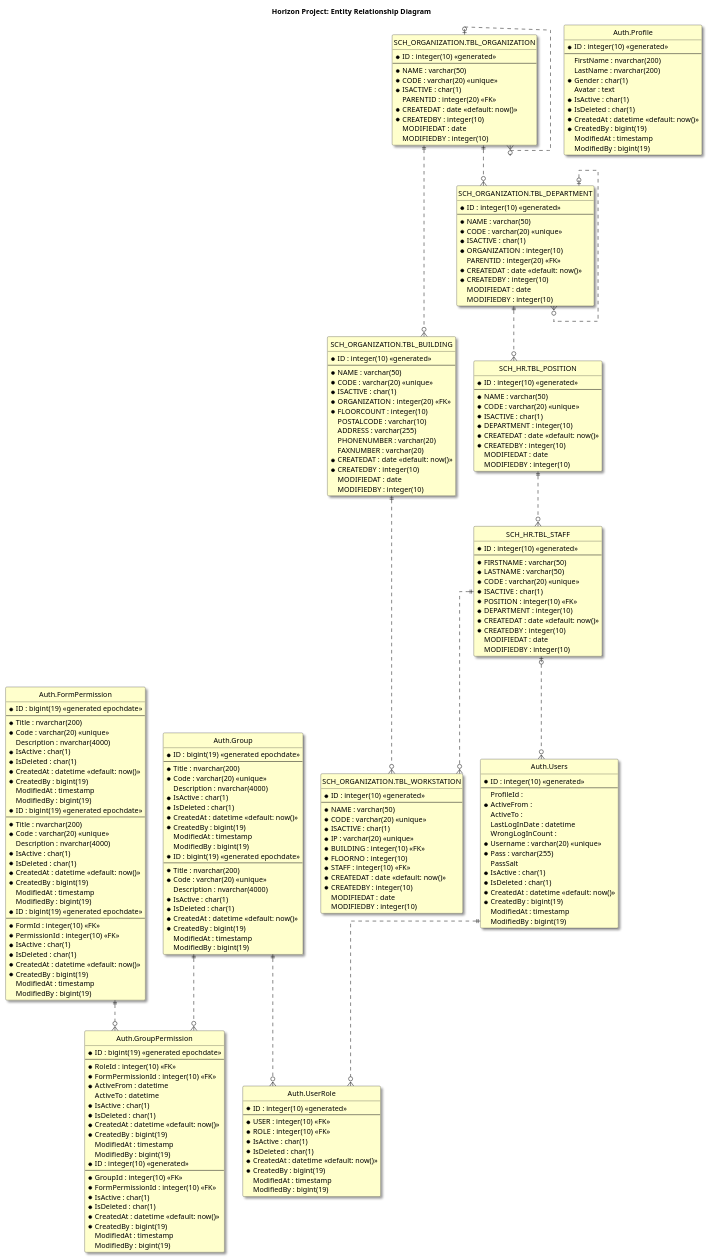
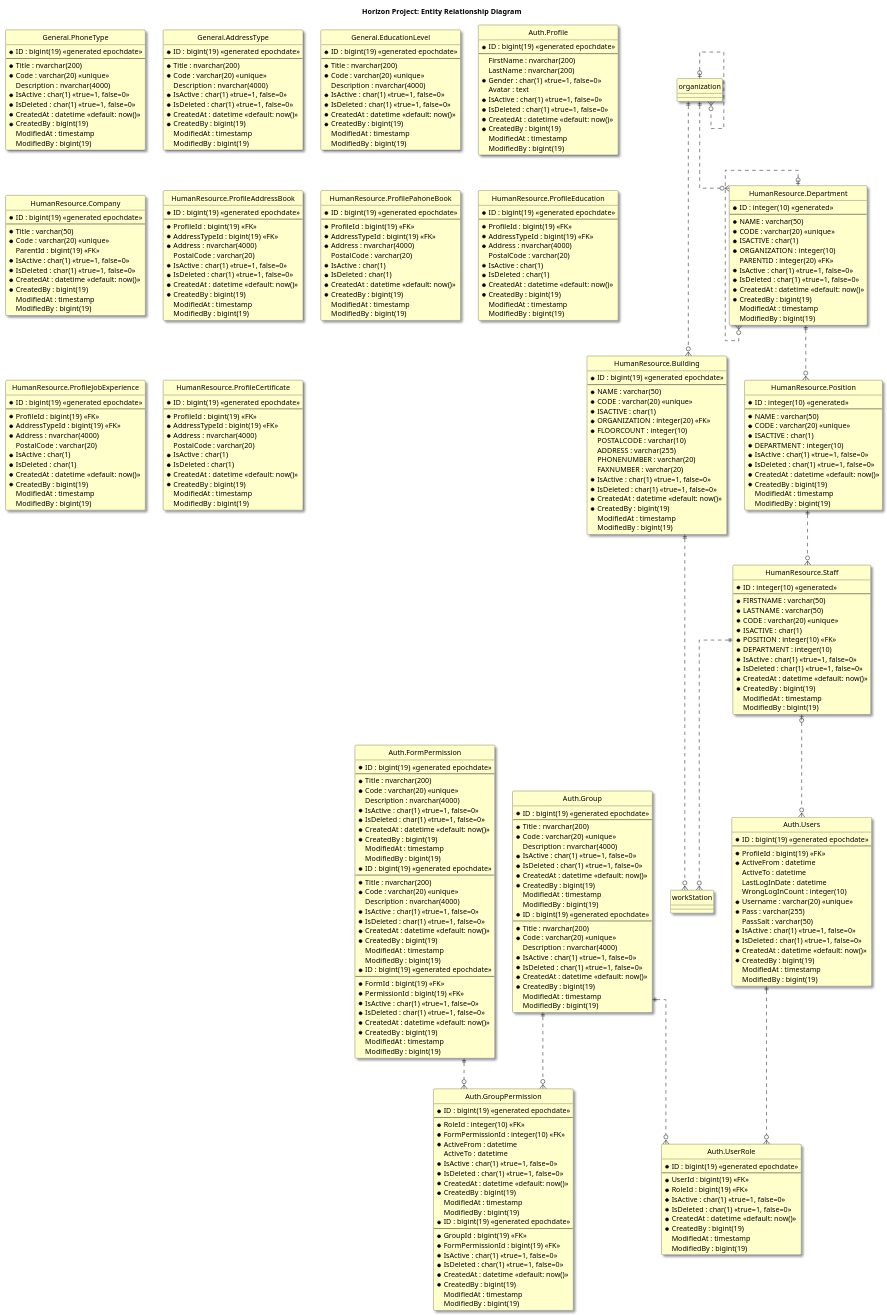
One commit to mahyaresteki/Horizon changed the diagram in HorizonAnalysis/ERD/EntityRelatiohsipDiagram.puml. Above: the diagram before and after it, drawn with PlantUML.

Commit message:
0.1.1
Update ERD

```diff
--- a/HorizonAnalysis/ERD/EntityRelatiohsipDiagram.puml
+++ b/HorizonAnalysis/ERD/EntityRelatiohsipDiagram.puml
@@ -6,14 +6,56 @@
 
 title Horizon Project: Entity Relationship Diagram
 
+entity "General.PhoneType" as phoneType {
+  *ID : bigint(19) <<generated epochdate>>
+  --
+  *Title : nvarchar(200)
+  *Code : varchar(20) <<unique>>
+  Description : nvarchar(4000)
+  *IsActive : char(1) <<true=1, false=0>>
+  *IsDeleted : char(1) <<true=1, false=0>>
+  *CreatedAt : datetime <<default: now()>>
+  *CreatedBy : bigint(19)
+  ModifiedAt : timestamp
+  ModifiedBy : bigint(19)
+}
+
+entity "General.AddressType" as pddressType {
+  *ID : bigint(19) <<generated epochdate>>
+  --
+  *Title : nvarchar(200)
+  *Code : varchar(20) <<unique>>
+  Description : nvarchar(4000)
+  *IsActive : char(1) <<true=1, false=0>>
+  *IsDeleted : char(1) <<true=1, false=0>>
+  *CreatedAt : datetime <<default: now()>>
+  *CreatedBy : bigint(19)
+  ModifiedAt : timestamp
+  ModifiedBy : bigint(19)
+}
+
+entity "General.EducationLevel" as educationLevel {
+  *ID : bigint(19) <<generated epochdate>>
+  --
+  *Title : nvarchar(200)
+  *Code : varchar(20) <<unique>>
+  Description : nvarchar(4000)
+  *IsActive : char(1) <<true=1, false=0>>
+  *IsDeleted : char(1) <<true=1, false=0>>
+  *CreatedAt : datetime <<default: now()>>
+  *CreatedBy : bigint(19)
+  ModifiedAt : timestamp
+  ModifiedBy : bigint(19)
+}
+
 entity "Auth.Role" as role {
   *ID : bigint(19) <<generated epochdate>>
   --
   *Title : nvarchar(200)
   *Code : varchar(20) <<unique>>
   Description : nvarchar(4000)
-  *IsActive : char(1)
-  *IsDeleted : char(1)
+  *IsActive : char(1) <<true=1, false=0>>
+  *IsDeleted : char(1) <<true=1, false=0>>
   *CreatedAt : datetime <<default: now()>>
   *CreatedBy : bigint(19)
   ModifiedAt : timestamp
@@ -26,8 +68,8 @@
   *Title : nvarchar(200)
   *Code : varchar(20) <<unique>>
   Description : nvarchar(4000)
-  *IsActive : char(1)
-  *IsDeleted : char(1)
+  *IsActive : char(1) <<true=1, false=0>>
+  *IsDeleted : char(1) <<true=1, false=0>>
   *CreatedAt : datetime <<default: now()>>
   *CreatedBy : bigint(19)
   ModifiedAt : timestamp
@@ -40,8 +82,8 @@
   *Title : nvarchar(200)
   *Code : varchar(20) <<unique>>
   Description : nvarchar(4000)
-  *IsActive : char(1)
-  *IsDeleted : char(1)
+  *IsActive : char(1) <<true=1, false=0>>
+  *IsDeleted : char(1) <<true=1, false=0>>
   *CreatedAt : datetime <<default: now()>>
   *CreatedBy : bigint(19)
   ModifiedAt : timestamp
@@ -54,8 +96,8 @@
   *Title : nvarchar(200)
   *Code : varchar(20) <<unique>>
   Description : nvarchar(4000)
-  *IsActive : char(1)
-  *IsDeleted : char(1)
+  *IsActive : char(1) <<true=1, false=0>>
+  *IsDeleted : char(1) <<true=1, false=0>>
   *CreatedAt : datetime <<default: now()>>
   *CreatedBy : bigint(19)
   ModifiedAt : timestamp
@@ -65,10 +107,10 @@
 entity "Auth.FormPermission" as action {
   *ID : bigint(19) <<generated epochdate>>
   --
-  *FormId : integer(10) <<FK>>
-  *PermissionId : integer(10) <<FK>>
-  *IsActive : char(1)
-  *IsDeleted : char(1)
+  *FormId : bigint(19) <<FK>>
+  *PermissionId : bigint(19) <<FK>>
+  *IsActive : char(1) <<true=1, false=0>>
+  *IsDeleted : char(1) <<true=1, false=0>>
   *CreatedAt : datetime <<default: now()>>
   *CreatedBy : bigint(19)
   ModifiedAt : timestamp
@@ -82,8 +124,8 @@
   *FormPermissionId : integer(10) <<FK>>
   *ActiveFrom : datetime
   ActiveTo : datetime
-  *IsActive : char(1)
-  *IsDeleted : char(1)
+  *IsActive : char(1) <<true=1, false=0>>
+  *IsDeleted : char(1) <<true=1, false=0>>
   *CreatedAt : datetime <<default: now()>>
   *CreatedBy : bigint(19)
   ModifiedAt : timestamp
@@ -91,12 +133,12 @@
 }
 
 entity "Auth.GroupPermission" as roleAction {
-  *ID : integer(10) <<generated>>
+  *ID : bigint(19) <<generated epochdate>>
   --
-  *GroupId : integer(10) <<FK>>
-  *FormPermissionId : integer(10) <<FK>>
-  *IsActive : char(1)
-  *IsDeleted : char(1)
+  *GroupId : bigint(19) <<FK>>
+  *FormPermissionId : bigint(19) <<FK>>
+  *IsActive : char(1) <<true=1, false=0>>
+  *IsDeleted : char(1) <<true=1, false=0>>
   *CreatedAt : datetime <<default: now()>>
   *CreatedBy : bigint(19)
   ModifiedAt : timestamp
@@ -104,33 +146,35 @@
 }
 
 entity "Auth.Profile" as profile {
-  *ID : integer(10) <<generated>>
+  *ID : bigint(19) <<generated epochdate>>
   --
   FirstName : nvarchar(200)
   LastName : nvarchar(200)
-  *Gender : char(1)
+  *Gender : char(1) <<true=1, false=0>>
   Avatar : text
-  *IsActive : char(1)
-  *IsDeleted : char(1)
+  *IsActive : char(1) <<true=1, false=0>>
+  *IsDeleted : char(1) <<true=1, false=0>>
   *CreatedAt : datetime <<default: now()>>
   *CreatedBy : bigint(19)
   ModifiedAt : timestamp
   ModifiedBy : bigint(19)
 }
 
+
+
 entity "Auth.Users" as user {
-  *ID : integer(10) <<generated>>
+  *ID : bigint(19) <<generated epochdate>>
   --
-  ProfileId :
-  *ActiveFrom :
-  ActiveTo :
+  *ProfileId : bigint(19) <<FK>>
+  *ActiveFrom : datetime
+  ActiveTo : datetime
   LastLogInDate : datetime
-  WrongLogInCount :
+  WrongLogInCount : integer(10)
   *Username : varchar(20) <<unique>>
   *Pass : varchar(255)
-  PassSalt
-  *IsActive : char(1)
-  *IsDeleted : char(1)
+  PassSalt : varchar(50)
+  *IsActive : char(1) <<true=1, false=0>>
+  *IsDeleted : char(1) <<true=1, false=0>>
   *CreatedAt : datetime <<default: now()>>
   *CreatedBy : bigint(19)
   ModifiedAt : timestamp
@@ -138,34 +182,35 @@
 }
 
 entity "Auth.UserRole" as userRole {
-  *ID : integer(10) <<generated>>
+  *ID : bigint(19) <<generated epochdate>>
   --
-  *USER : integer(10) <<FK>>
-  *ROLE : integer(10) <<FK>>
-  *IsActive : char(1)
-  *IsDeleted : char(1)
+  *UserId : bigint(19) <<FK>>
+  *RoleId : bigint(19) <<FK>>
+  *IsActive : char(1) <<true=1, false=0>>
+  *IsDeleted : char(1) <<true=1, false=0>>
   *CreatedAt : datetime <<default: now()>>
   *CreatedBy : bigint(19)
   ModifiedAt : timestamp
   ModifiedBy : bigint(19)
 }
 
-entity "SCH_ORGANIZATION.TBL_ORGANIZATION" as organization {
-  *ID : integer(10) <<generated>>
+entity "HumanResource.Company" as company {
+  *ID : bigint(19) <<generated epochdate>>
   --
-  *NAME : varchar(50)
-  *CODE : varchar(20) <<unique>>
-  *ISACTIVE : char(1)
-  PARENTID : integer(20) <<FK>>
-  *CREATEDAT : date <<default: now()>>
-  *CREATEDBY : integer(10)
-  MODIFIEDAT : date
-  MODIFIEDBY : integer(10)
+  *Title : varchar(50)
+  *Code : varchar(20) <<unique>>
+  ParentId : bigint(19) <<FK>>
+  *IsActive : char(1) <<true=1, false=0>>
+  *IsDeleted : char(1) <<true=1, false=0>>
+  *CreatedAt : datetime <<default: now()>>
+  *CreatedBy : bigint(19)
+  ModifiedAt : timestamp
+  ModifiedBy : bigint(19)
 }
 
 
-entity "SCH_ORGANIZATION.TBL_BUILDING" as building {
-  *ID : integer(10) <<generated>>
+entity "HumanResource.Building" as building {
+  *ID : bigint(19) <<generated epochdate>>
   --
   *NAME : varchar(50)
   *CODE : varchar(20) <<unique>>
@@ -176,30 +221,15 @@
   ADDRESS : varchar(255)
   PHONENUMBER : varchar(20)
   FAXNUMBER : varchar(20)
-  *CREATEDAT : date <<default: now()>>
-  *CREATEDBY : integer(10)
-  MODIFIEDAT : date
-  MODIFIEDBY : integer(10)
+  *IsActive : char(1) <<true=1, false=0>>
+  *IsDeleted : char(1) <<true=1, false=0>>
+  *CreatedAt : datetime <<default: now()>>
+  *CreatedBy : bigint(19)
+  ModifiedAt : timestamp
+  ModifiedBy : bigint(19)
 }
 
-entity "SCH_ORGANIZATION.TBL_WORKSTATION" as workStation {
-  *ID : integer(10) <<generated>>
-  --
-  *NAME : varchar(50)
-  *CODE : varchar(20) <<unique>>
-  *ISACTIVE : char(1)
-  *IP : varchar(20) <<unique>>
-  *BUILDING : integer(10) <<FK>>
-  *FLOORNO : integer(10)
-  *STAFF : integer(10) <<FK>>
-  *CREATEDAT : date <<default: now()>>
-  *CREATEDBY : integer(10)
-  MODIFIEDAT : date
-  MODIFIEDBY : integer(10)
-}
-
-
-entity "SCH_ORGANIZATION.TBL_DEPARTMENT" as department {
+entity "HumanResource.Department" as department {
   *ID : integer(10) <<generated>>
   --
   *NAME : varchar(50)
@@ -207,26 +237,30 @@
   *ISACTIVE : char(1)
   *ORGANIZATION : integer(10) 
   PARENTID : integer(20) <<FK>>
-  *CREATEDAT : date <<default: now()>>
-  *CREATEDBY : integer(10)
-  MODIFIEDAT : date
-  MODIFIEDBY : integer(10)
+  *IsActive : char(1) <<true=1, false=0>>
+  *IsDeleted : char(1) <<true=1, false=0>>
+  *CreatedAt : datetime <<default: now()>>
+  *CreatedBy : bigint(19)
+  ModifiedAt : timestamp
+  ModifiedBy : bigint(19)
 }
 
-entity "SCH_HR.TBL_POSITION" as position {
+entity "HumanResource.Position" as position {
   *ID : integer(10) <<generated>>
   --
   *NAME : varchar(50)
   *CODE : varchar(20) <<unique>>
   *ISACTIVE : char(1)
   *DEPARTMENT : integer(10) 
-  *CREATEDAT : date <<default: now()>>
-  *CREATEDBY : integer(10)
-  MODIFIEDAT : date
-  MODIFIEDBY : integer(10)
+  *IsActive : char(1) <<true=1, false=0>>
+  *IsDeleted : char(1) <<true=1, false=0>>
+  *CreatedAt : datetime <<default: now()>>
+  *CreatedBy : bigint(19)
+  ModifiedAt : timestamp
+  ModifiedBy : bigint(19)
 }
 
-entity "SCH_HR.TBL_STAFF" as staff {
+entity "HumanResource.Staff" as staff {
   *ID : integer(10) <<generated>>
   --
   *FIRSTNAME : varchar(50)
@@ -235,11 +269,90 @@
   *ISACTIVE : char(1)
   *POSITION : integer(10) <<FK>>
   *DEPARTMENT : integer(10) 
-  *CREATEDAT : date <<default: now()>>
-  *CREATEDBY : integer(10)
-  MODIFIEDAT : date
-  MODIFIEDBY : integer(10)
+  *IsActive : char(1) <<true=1, false=0>>
+  *IsDeleted : char(1) <<true=1, false=0>>
+  *CreatedAt : datetime <<default: now()>>
+  *CreatedBy : bigint(19)
+  ModifiedAt : timestamp
+  ModifiedBy : bigint(19)
 }
+
+entity "HumanResource.ProfileAddressBook" as profileAddressBook {
+  *ID : bigint(19) <<generated epochdate>>
+  --
+  *ProfileId : bigint(19) <<FK>>
+  *AddressTypeId : bigint(19) <<FK>>
+  *Address : nvarchar(4000)
+  PostalCode : varchar(20)
+  *IsActive : char(1) <<true=1, false=0>>
+  *IsDeleted : char(1) <<true=1, false=0>>
+  *CreatedAt : datetime <<default: now()>>
+  *CreatedBy : bigint(19)
+  ModifiedAt : timestamp
+  ModifiedBy : bigint(19)
+}
+
+entity "HumanResource.ProfilePahoneBook" as profilePahoneBook {
+  *ID : bigint(19) <<generated epochdate>>
+  --
+  *ProfileId : bigint(19) <<FK>>
+  *AddressTypeId : bigint(19) <<FK>>
+  *Address : nvarchar(4000)
+  PostalCode : varchar(20)
+  *IsActive : char(1)
+  *IsDeleted : char(1)
+  *CreatedAt : datetime <<default: now()>>
+  *CreatedBy : bigint(19)
+  ModifiedAt : timestamp
+  ModifiedBy : bigint(19)
+}
+
+entity "HumanResource.ProfileEducation" as profileEducation {
+  *ID : bigint(19) <<generated epochdate>>
+  --
+  *ProfileId : bigint(19) <<FK>>
+  *AddressTypeId : bigint(19) <<FK>>
+  *Address : nvarchar(4000)
+  PostalCode : varchar(20)
+  *IsActive : char(1)
+  *IsDeleted : char(1)
+  *CreatedAt : datetime <<default: now()>>
+  *CreatedBy : bigint(19)
+  ModifiedAt : timestamp
+  ModifiedBy : bigint(19)
+}
+
+entity "HumanResource.ProfileJobExperience" as profileJobExperience {
+  *ID : bigint(19) <<generated epochdate>>
+  --
+  *ProfileId : bigint(19) <<FK>>
+  *AddressTypeId : bigint(19) <<FK>>
+  *Address : nvarchar(4000)
+  PostalCode : varchar(20)
+  *IsActive : char(1)
+  *IsDeleted : char(1)
+  *CreatedAt : datetime <<default: now()>>
+  *CreatedBy : bigint(19)
+  ModifiedAt : timestamp
+  ModifiedBy : bigint(19)
+}
+
+entity "HumanResource.ProfileCertificate" as profileCertificate {
+  *ID : bigint(19) <<generated epochdate>>
+  --
+  *ProfileId : bigint(19) <<FK>>
+  *AddressTypeId : bigint(19) <<FK>>
+  *Address : nvarchar(4000)
+  PostalCode : varchar(20)
+  *IsActive : char(1)
+  *IsDeleted : char(1)
+  *CreatedAt : datetime <<default: now()>>
+  *CreatedBy : bigint(19)
+  ModifiedAt : timestamp
+  ModifiedBy : bigint(19)
+}
+
+
 
 role ||..o{ roleAction
 action ||..o{ roleAction
```
